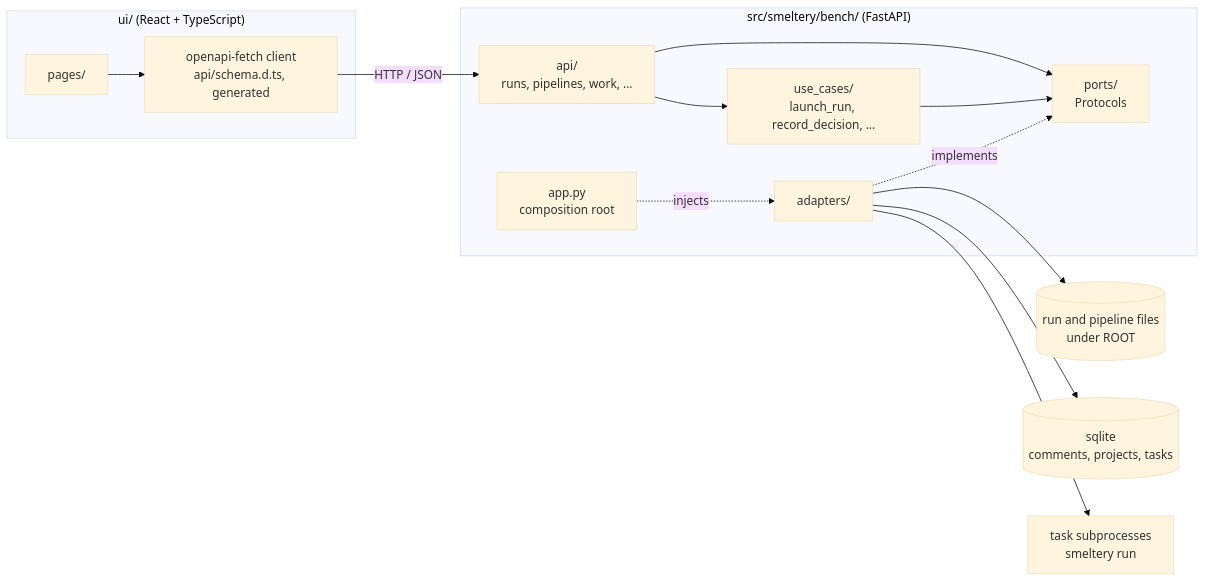
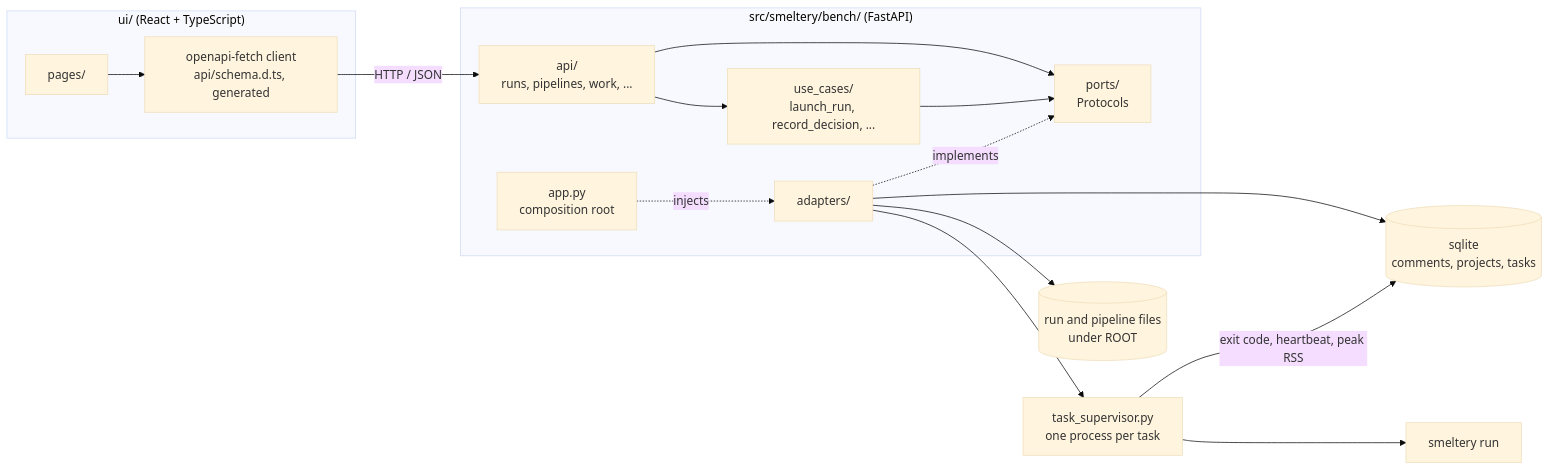
One commit to mgoldey/smeltery changed the diagram in README.md. Above: the diagram before and after it, drawn with Mermaid (base theme). The commit also changed other lines of this file, not shown here.

First line of the commit message:
docs: put the task supervisor in the architecture diagram

````diff
--- a/README.md
+++ b/README.md
@@ -181,17 +181,19 @@
 ```mermaid
 flowchart LR
   subgraph UI["ui/ (React + TypeScript)"]
     pages["pages/"] --> client["openapi-fetch client<br/>api/schema.d.ts, generated"]
   end
   subgraph Backend["src/smeltery/bench/ (FastAPI)"]
     api["api/<br/>runs, pipelines, work, ..."] --> usecases["use_cases/<br/>launch_run, record_decision, ..."]
     api --> ports["ports/<br/>Protocols"]
     usecases --> ports
     adapters["adapters/"] -. implements .-> ports
     app["app.py<br/>composition root"] -. injects .-> adapters
   end
   client -- "HTTP / JSON" --> api
   adapters --> fs[("run and pipeline files<br/>under ROOT")]
   adapters --> sql[("sqlite<br/>comments, projects, tasks")]
-  adapters --> proc["task subprocesses<br/>smeltery run"]
+  adapters --> sup["task_supervisor.py<br/>one process per task"]
+  sup --> proc["smeltery run"]
+  sup -- "exit code, heartbeat, peak RSS" --> sql
 ```
````
